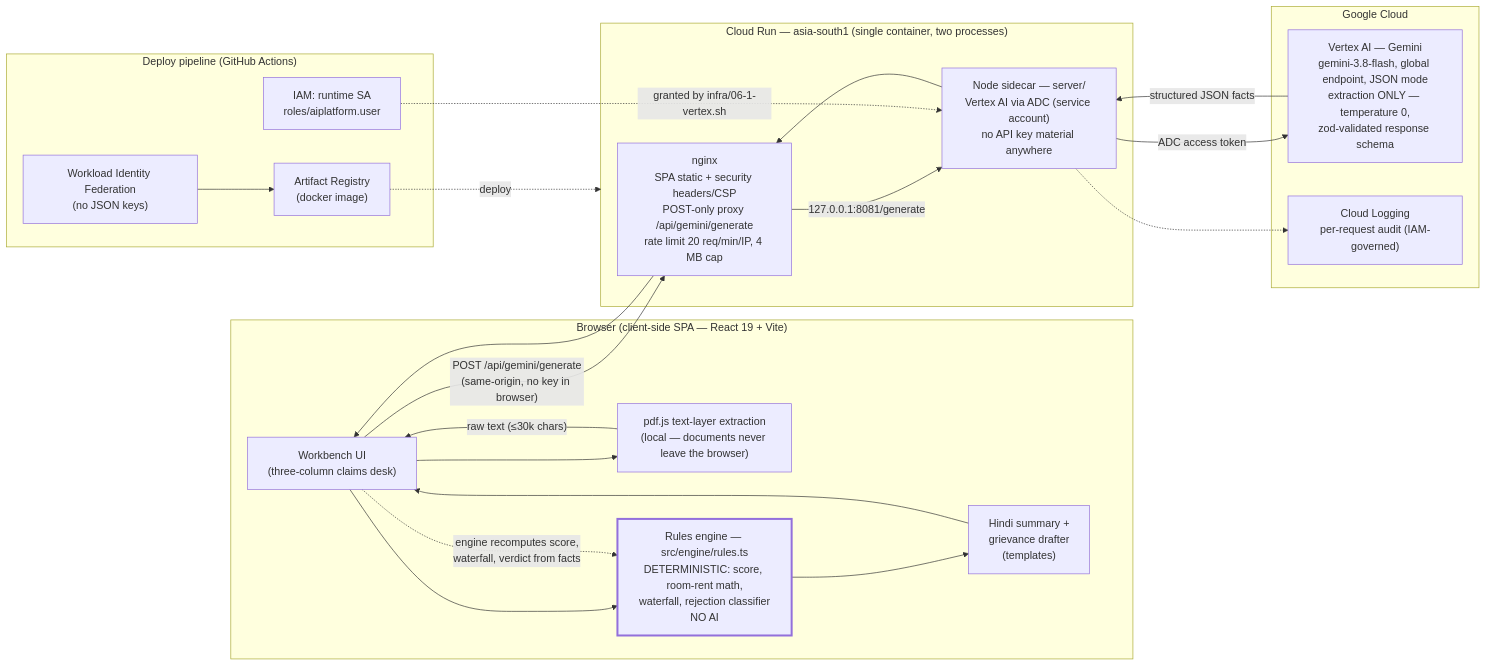
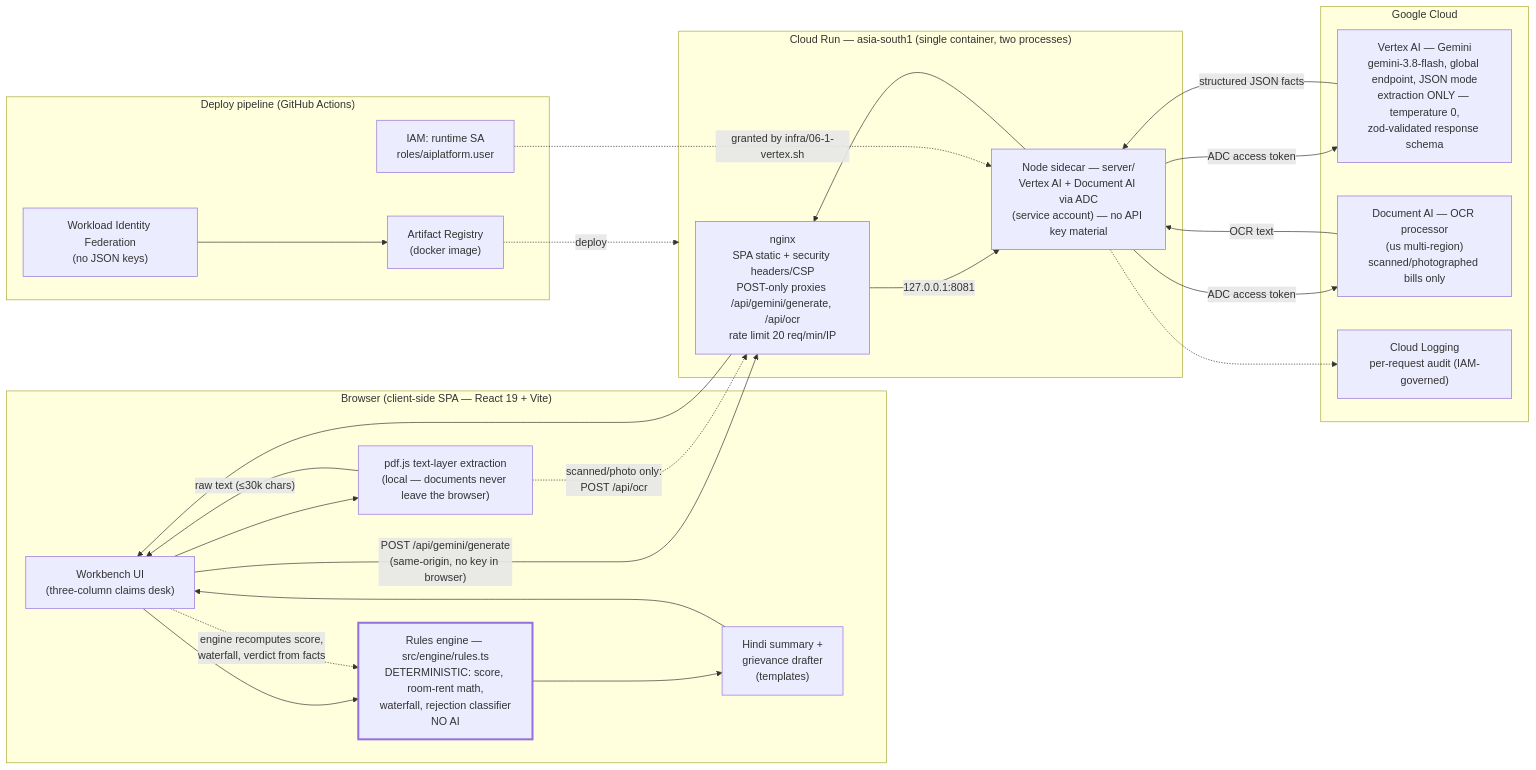
Before and after one commit to amoghng7/claimsahayak: the diagram in docs/architecture.md, drawn with Mermaid. The commit also changed other lines of this file and 11 other files, not shown here.

First line of the commit message:
feat: OCR for scanned documents via Cloud Document AI (6.2)

````diff
--- a/docs/architecture.md
+++ b/docs/architecture.md
@@ -7,41 +7,45 @@
 ```mermaid
 flowchart LR
     subgraph browser["Browser (client-side SPA — React 19 + Vite)"]
         UI["Workbench UI\n(three-column claims desk)"]
         PDF["pdf.js text-layer extraction\n(local — documents never leave the browser)"]
         ENGINE["Rules engine — src/engine/rules.ts\nDETERMINISTIC: score, room-rent math,\nwaterfall, rejection classifier\nNO AI"]
         HINDI["Hindi summary +\ngrievance drafter\n(templates)"]
         UI --> PDF
         PDF -->|"raw text (≤30k chars)"| UI
         UI --> ENGINE
         ENGINE --> HINDI --> UI
     end
 
     subgraph cloudrun["Cloud Run — asia-south1 (single container, two processes)"]
-        NGINX["nginx\nSPA static + security headers/CSP\nPOST-only proxy /api/gemini/generate\nrate limit 20 req/min/IP, 4 MB cap"]
-        SIDECAR["Node sidecar — server/\nVertex AI via ADC (service account)\nno API key material anywhere"]
-        NGINX -->|"127.0.0.1:8081/generate"| SIDECAR
+        NGINX["nginx\nSPA static + security headers/CSP\nPOST-only proxies /api/gemini/generate, /api/ocr\nrate limit 20 req/min/IP"]
+        SIDECAR["Node sidecar — server/\nVertex AI + Document AI via ADC\n(service account) — no API key material"]
+        NGINX -->|"127.0.0.1:8081"| SIDECAR
     end
 
     subgraph google["Google Cloud"]
         VERTEX["Vertex AI — Gemini\ngemini-3.8-flash, global endpoint, JSON mode\nextraction ONLY — temperature 0,\nzod-validated response schema"]
+        DOCAI["Document AI — OCR processor\n(us multi-region)\nscanned/photographed bills only"]
         LOGS["Cloud Logging\nper-request audit (IAM-governed)"]
     end
 
     subgraph ci["Deploy pipeline (GitHub Actions)"]
         WIF["Workload Identity Federation\n(no JSON keys)"]
         AR["Artifact Registry\n(docker image)"]
         IAM["IAM: runtime SA\nroles/aiplatform.user"]
         WIF --> AR
     end
 
     UI -->|"POST /api/gemini/generate\n(same-origin, no key in browser)"| NGINX
+    PDF -.->|"scanned/photo only:\nPOST /api/ocr"| NGINX
     SIDECAR -->|"ADC access token"| VERTEX
+    SIDECAR -->|"ADC access token"| DOCAI
+    DOCAI -->|"OCR text"| SIDECAR
     VERTEX -->|"structured JSON facts"| SIDECAR --> NGINX --> UI
     SIDECAR -.-> LOGS
     UI -.->|"engine recomputes score,\nwaterfall, verdict from facts"| ENGINE
     IAM -.->|"granted by infra/06-1-vertex.sh"| SIDECAR
     AR -.->|deploy| cloudrun
 
     style ENGINE stroke-width:3px
 ```
````
